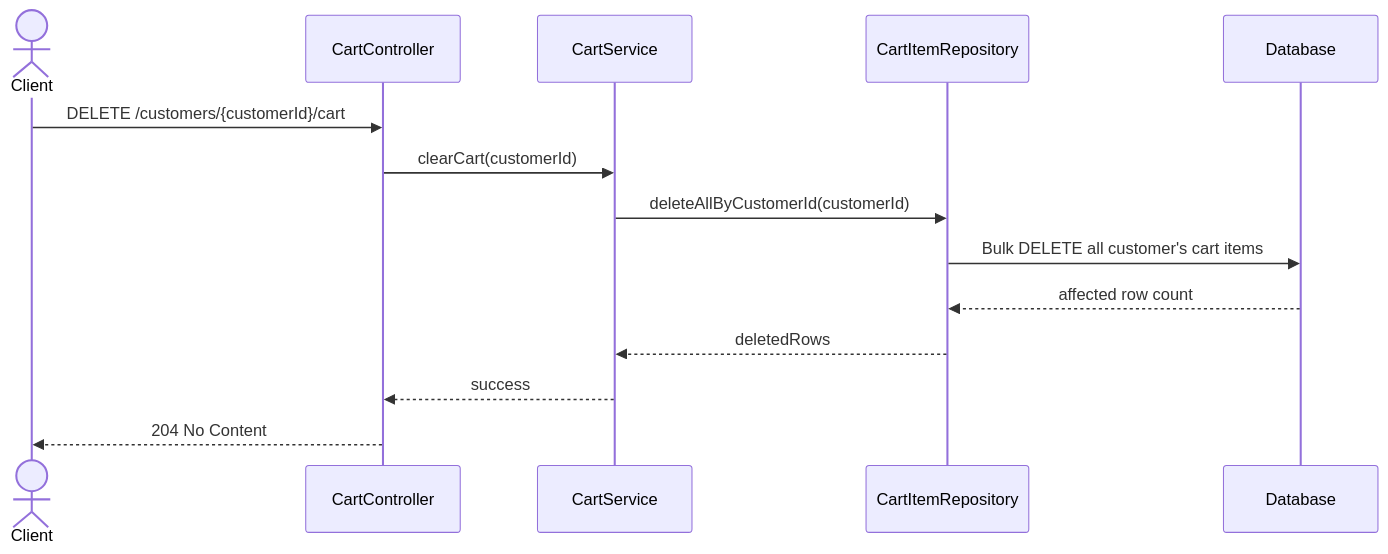
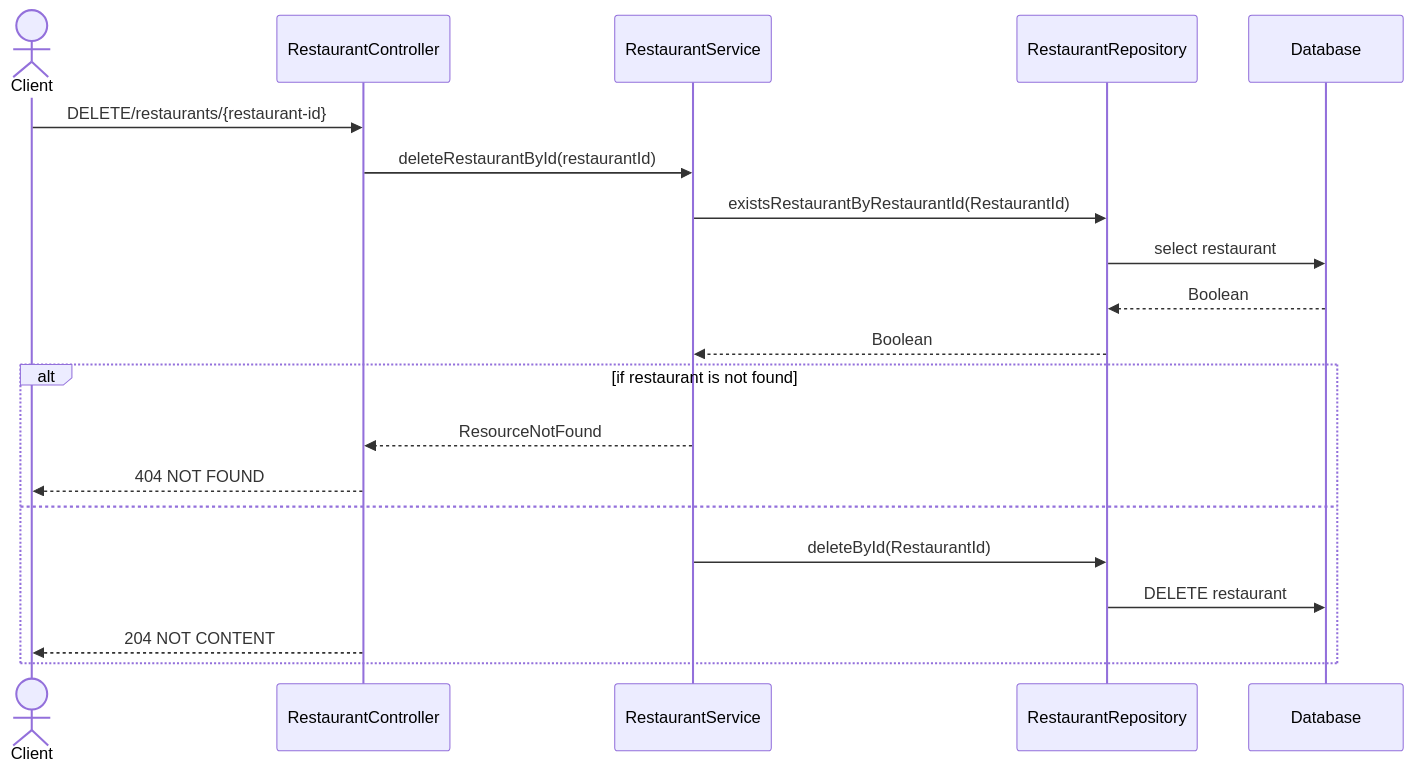
One commit to w2t-el-develop/food_delivery_api changed the ninth of 11 diagrams in README.md. Above: the diagram before and after it, drawn with Mermaid. The commit also changed other lines of this file and 18 other files, not shown here.

````diff
--- a/README.md
+++ b/README.md
@@ -852,19 +527,25 @@
 ```mermaid
 sequenceDiagram
-    actor Client
-    participant CC as CartController
-    participant CS as CartService
-    participant CIR as CartItemRepository
-    participant DB as Database
+  actor Client
+  participant RC as RestaurantController
+  participant RS as RestaurantService
+  participant RR as RestaurantRepository
+  participant DB as Database
 
-    Client->>CC: DELETE /customers/{customerId}/cart
-    CC->>CS: clearCart(customerId)
+  Client->>RC: DELETE/restaurants/{restaurant-id}
+  RC->>RS: deleteRestaurantById(restaurantId)
+  RS->>RR: existsRestaurantByRestaurantId(RestaurantId)
+  RR->>DB: select restaurant
+  DB-->>RR: Boolean
+  RR-->>RS: Boolean
 
-    CS->>CIR: deleteAllByCustomerId(customerId)
-    CIR->>DB: Bulk DELETE all customer's cart items
-    DB-->>CIR: affected row count
-
-    CIR-->>CS: deletedRows
-    CS-->>CC: success
-    CC-->>Client: 204 No Content
+  alt if restaurant is not found
+    RS -->> RC: ResourceNotFound
+    RC -->> Client: 404 NOT FOUND
+  else
+    RS->>RR: deleteById(RestaurantId)
+    RR->>DB: DELETE restaurant
+    
+    RC -->> Client: 204 NOT CONTENT
+  end
 ```
````
